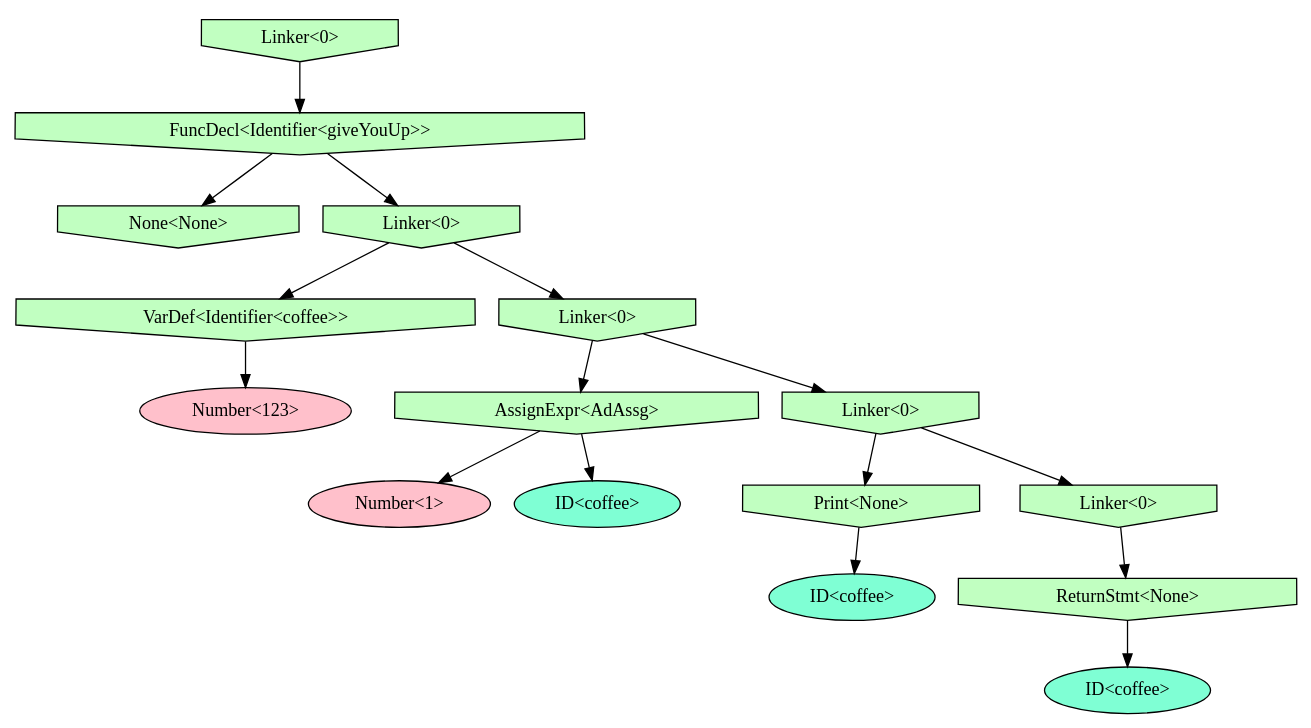
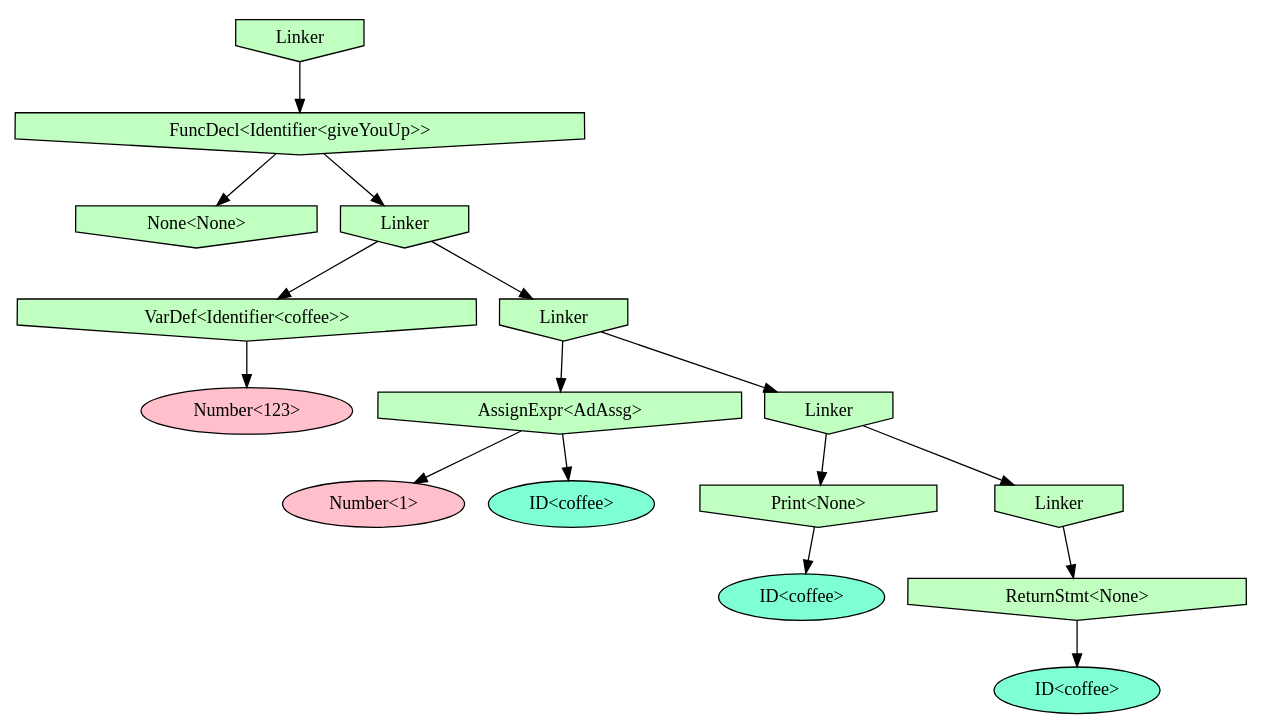
The diagram in Example/graph.gv (alexdremov/NGG), drawn with Graphviz before and after one commit. The commit also changed 2 other files, not shown here.

```diff
--- a/Example/graph.gv
+++ b/Example/graph.gv
@@ -1,33 +1,33 @@
 digraph structure {
-node0x7f8d65f04450[label="Linker<0>" shape=invhouse fillcolor=darkseagreen1 style=filled]
-node0x7f8d65f04450->node0x7f8d65f04410
-node0x7f8d65f04410[label="FuncDecl<Identifier<giveYouUp>>" shape=invhouse fillcolor=darkseagreen1 style=filled]
-node0x7f8d65f04410->node0x7f8d65f04090
-node0x7f8d65f04090[label="None<None>" shape=invhouse fillcolor=darkseagreen1 style=filled]
-node0x7f8d65f04410->node0x7f8d65f04150
-node0x7f8d65f04150[label="Linker<0>" shape=invhouse fillcolor=darkseagreen1 style=filled]
-node0x7f8d65f04150->node0x7f8d65f040d0
-node0x7f8d65f040d0[label="VarDef<Identifier<coffee>>" shape=invhouse fillcolor=darkseagreen1 style=filled]
-node0x7f8d65f040d0->node0x7f8d65f04110
-node0x7f8d65f04110[label="Number<123>" shape=oval fillcolor=pink style=filled]
-node0x7f8d65f04150->node0x7f8d65f04250
-node0x7f8d65f04250[label="Linker<0>" shape=invhouse fillcolor=darkseagreen1 style=filled]
-node0x7f8d65f04250->node0x7f8d65f041d0
-node0x7f8d65f041d0[label="AssignExpr<AdAssg>" shape=invhouse fillcolor=darkseagreen1 style=filled]
-node0x7f8d65f041d0->node0x7f8d65f04190
-node0x7f8d65f04190[label="Number<1>" shape=oval fillcolor=pink style=filled]
-node0x7f8d65f041d0->node0x7f8d65f04210
-node0x7f8d65f04210[label="ID<coffee>" shape=oval fillcolor=aquamarine style=filled]
-node0x7f8d65f04250->node0x7f8d65f04310
-node0x7f8d65f04310[label="Linker<0>" shape=invhouse fillcolor=darkseagreen1 style=filled]
-node0x7f8d65f04310->node0x7f8d65f042d0
-node0x7f8d65f042d0[label="Print<None>" shape=invhouse fillcolor=darkseagreen1 style=filled]
-node0x7f8d65f042d0->node0x7f8d65f04290
-node0x7f8d65f04290[label="ID<coffee>" shape=oval fillcolor=aquamarine style=filled]
-node0x7f8d65f04310->node0x7f8d65f043d0
-node0x7f8d65f043d0[label="Linker<0>" shape=invhouse fillcolor=darkseagreen1 style=filled]
-node0x7f8d65f043d0->node0x7f8d65f04390
-node0x7f8d65f04390[label="ReturnStmt<None>" shape=invhouse fillcolor=darkseagreen1 style=filled]
-node0x7f8d65f04390->node0x7f8d65f04350
-node0x7f8d65f04350[label="ID<coffee>" shape=oval fillcolor=aquamarine style=filled]
+node0x7fc493504840[label="Linker" shape=invhouse fillcolor=darkseagreen1 style=filled]
+node0x7fc493504840->node0x7fc493504800
+node0x7fc493504800[label="FuncDecl<Identifier<giveYouUp>>" shape=invhouse fillcolor=darkseagreen1 style=filled]
+node0x7fc493504800->node0x7fc493504140
+node0x7fc493504140[label="None<None>" shape=invhouse fillcolor=darkseagreen1 style=filled]
+node0x7fc493504800->node0x7fc493504540
+node0x7fc493504540[label="Linker" shape=invhouse fillcolor=darkseagreen1 style=filled]
+node0x7fc493504540->node0x7fc4935044c0
+node0x7fc4935044c0[label="VarDef<Identifier<coffee>>" shape=invhouse fillcolor=darkseagreen1 style=filled]
+node0x7fc4935044c0->node0x7fc493504500
+node0x7fc493504500[label="Number<123>" shape=oval fillcolor=pink style=filled]
+node0x7fc493504540->node0x7fc493504640
+node0x7fc493504640[label="Linker" shape=invhouse fillcolor=darkseagreen1 style=filled]
+node0x7fc493504640->node0x7fc4935045c0
+node0x7fc4935045c0[label="AssignExpr<AdAssg>" shape=invhouse fillcolor=darkseagreen1 style=filled]
+node0x7fc4935045c0->node0x7fc493504580
+node0x7fc493504580[label="Number<1>" shape=oval fillcolor=pink style=filled]
+node0x7fc4935045c0->node0x7fc493504600
+node0x7fc493504600[label="ID<coffee>" shape=oval fillcolor=aquamarine style=filled]
+node0x7fc493504640->node0x7fc493504700
+node0x7fc493504700[label="Linker" shape=invhouse fillcolor=darkseagreen1 style=filled]
+node0x7fc493504700->node0x7fc4935046c0
+node0x7fc4935046c0[label="Print<None>" shape=invhouse fillcolor=darkseagreen1 style=filled]
+node0x7fc4935046c0->node0x7fc493504680
+node0x7fc493504680[label="ID<coffee>" shape=oval fillcolor=aquamarine style=filled]
+node0x7fc493504700->node0x7fc4935047c0
+node0x7fc4935047c0[label="Linker" shape=invhouse fillcolor=darkseagreen1 style=filled]
+node0x7fc4935047c0->node0x7fc493504780
+node0x7fc493504780[label="ReturnStmt<None>" shape=invhouse fillcolor=darkseagreen1 style=filled]
+node0x7fc493504780->node0x7fc493504740
+node0x7fc493504740[label="ID<coffee>" shape=oval fillcolor=aquamarine style=filled]
 }
```
